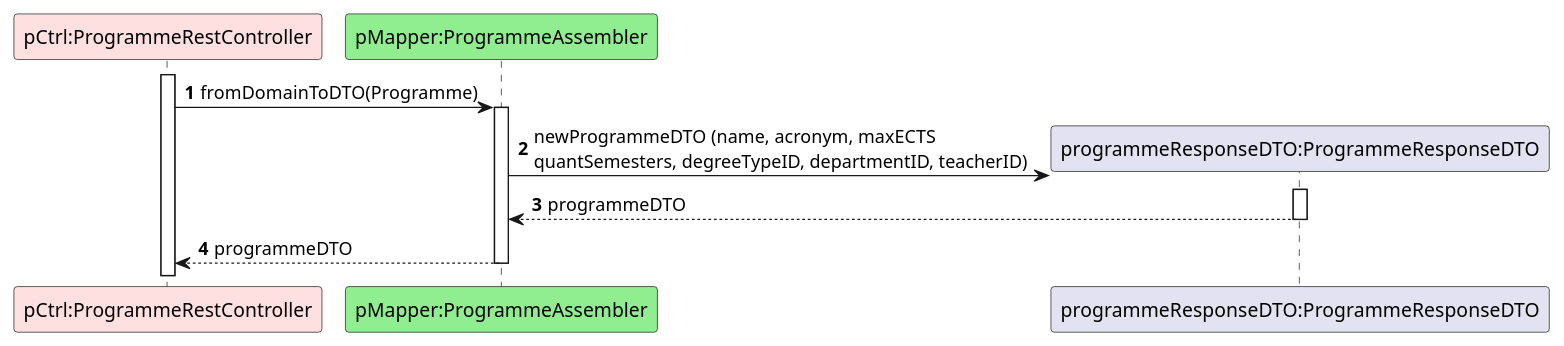
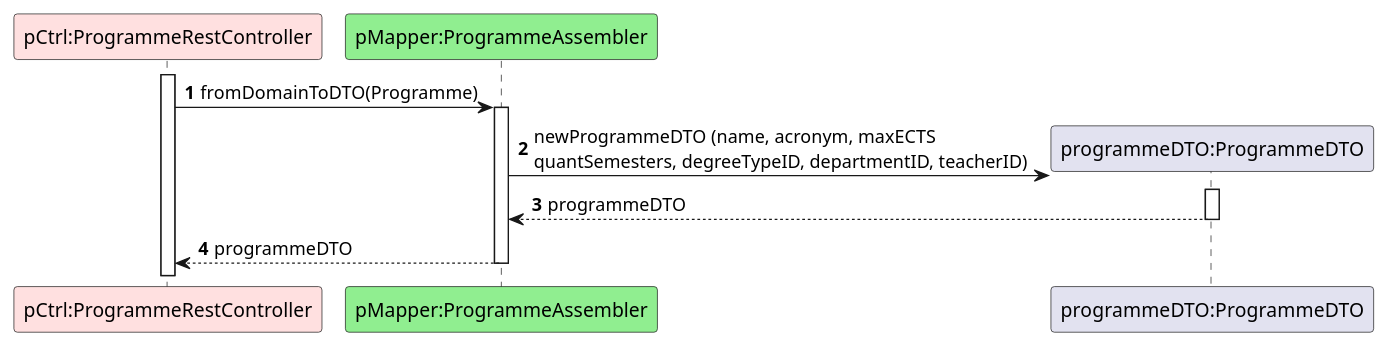
One commit to GasparISEP/DevOps-PAI changed the diagram in docs/US31/ProcessView/References/Ref-ConvertProgrammeToProgrammeResponseDTO.puml. Above: the diagram before and after it, drawn with PlantUML. The commit also changed 1 other file, not shown here.

Commit message:
Corrections to registerProgramme's Sequence Diagram, #505, #523

```diff
--- a/docs/US31/ProcessView/References/Ref-ConvertProgrammeToProgrammeResponseDTO.puml
+++ b/docs/US31/ProcessView/References/Ref-ConvertProgrammeToProgrammeResponseDTO.puml
@@ -1,15 +1,15 @@
 @startuml
 autonumber
 
 participant "pCtrl:ProgrammeRestController" as C #implementation
 participant "pMapper:ProgrammeAssembler" as PA #lightgreen
-participant "programmeResponseDTO:ProgrammeResponseDTO" as PDTO
+participant "programmeDTO:ProgrammeDTO" as PDTO
 
 activate C
 C -> PA ++: fromDomainToDTO(Programme)
 PA -> PDTO**: newProgrammeDTO (name, acronym, maxECTS \nquantSemesters, degreeTypeID, departmentID, teacherID)
 activate PDTO
 PDTO --> PA--: programmeDTO
 PA --> C--: programmeDTO
 
 @enduml
```
